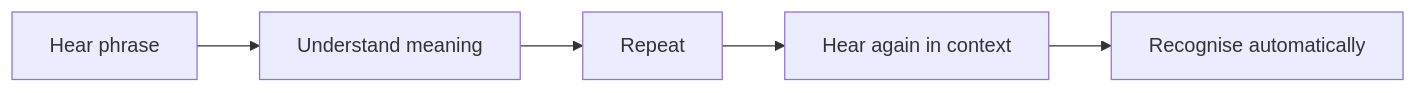
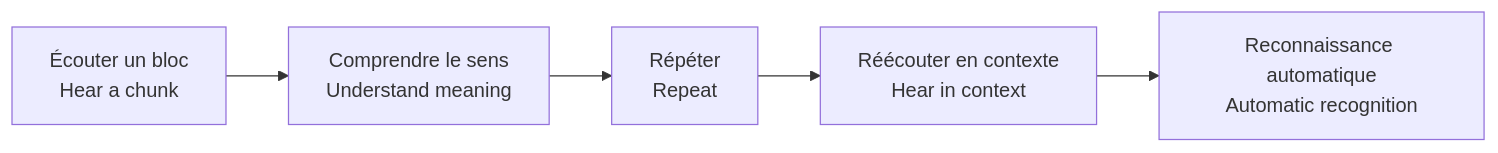
The first of 3 diagrams in native-english-coach/README.md (jeffersonkuku/jefferson-Mawapanga-Saku), drawn with Mermaid before and after one commit. The commit also changed other lines of this file and 1 other file, not shown here.

````diff
--- a/native-english-coach/README.md
+++ b/native-english-coach/README.md
@@ -13,7 +16,7 @@
 ```mermaid
 flowchart LR
-    A[Hear phrase] --> B[Understand meaning]
-    B --> C[Repeat]
-    C --> D[Hear again in context]
-    D --> E[Recognise automatically]
+    A[Écouter un bloc<br/>Hear a chunk] --> B[Comprendre le sens<br/>Understand meaning]
+    B --> C[Répéter<br/>Repeat]
+    C --> D[Réécouter en contexte<br/>Hear in context]
+    D --> E[Reconnaissance automatique<br/>Automatic recognition]
 ```
````
